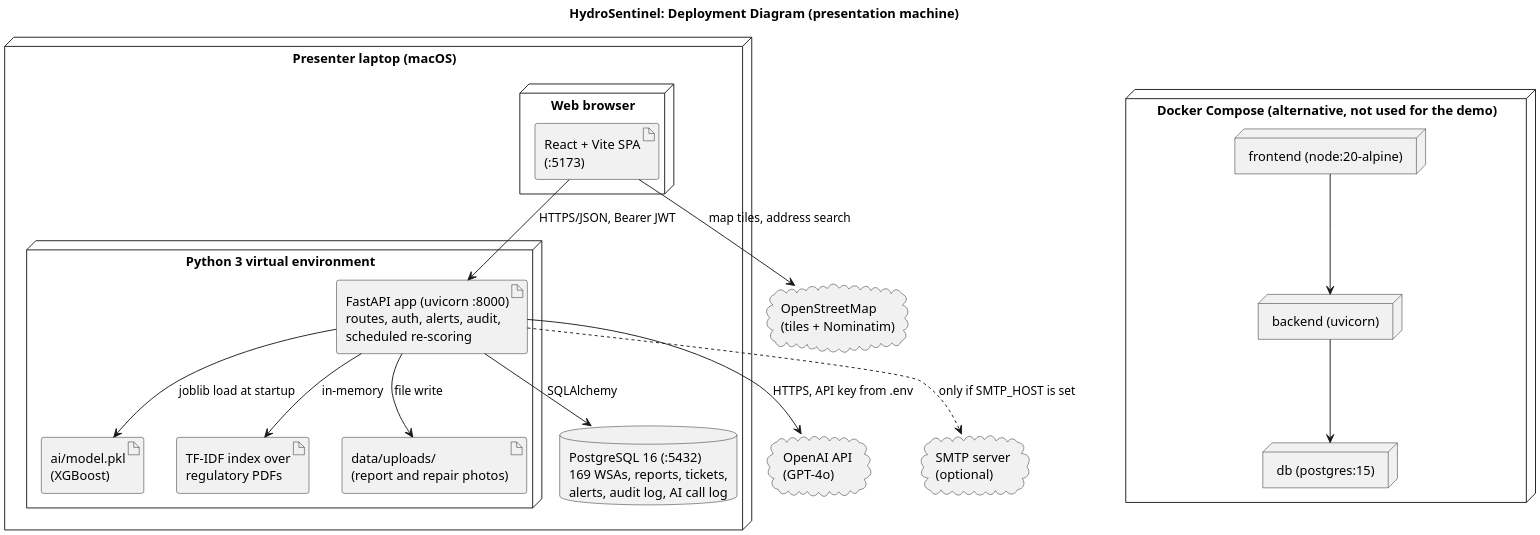
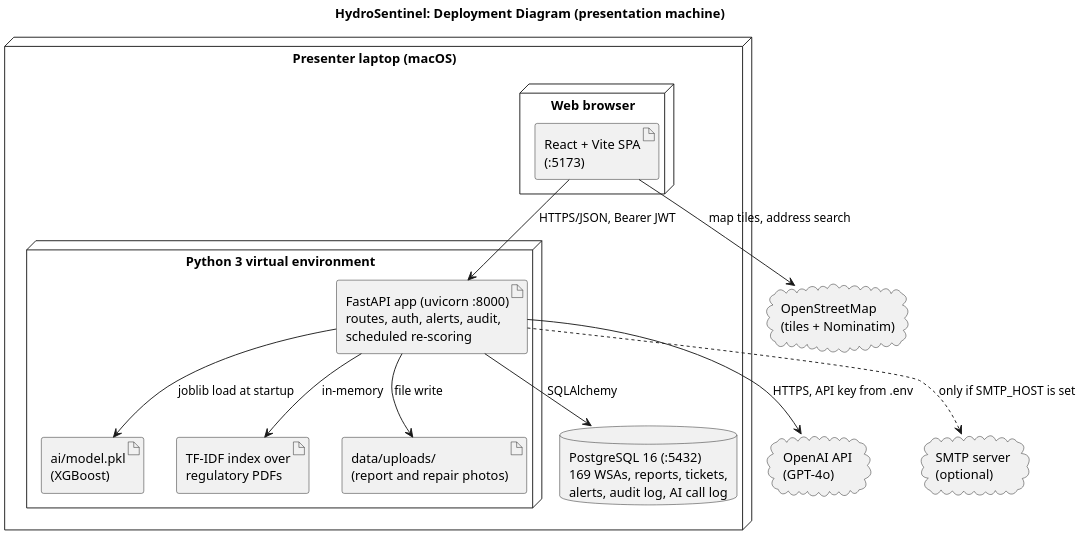
Before and after one commit to Malodeity/hydrosentinel: the diagram in docs/a5/uml/ISJ107V_A5_Q3.4b_Deployment.puml, drawn with PlantUML. The commit also changed 33 other files, not shown here.

First line of the commit message:
Docs: slides built around what changed since Assignment 4, limitations then and now, live testing segment; report, diagrams, evidence and presentation script updated

```diff
--- a/docs/a5/uml/ISJ107V_A5_Q3.4b_Deployment.puml
+++ b/docs/a5/uml/ISJ107V_A5_Q3.4b_Deployment.puml
@@ -1,38 +1,31 @@
 @startuml
 skinparam shadowing false
 skinparam dpi 200
 skinparam defaultFontName Helvetica
 title HydroSentinel: Deployment Diagram (presentation machine)
 
 node "Presenter laptop (macOS)" {
   node "Web browser" {
     artifact "React + Vite SPA\n(:5173)" as SPA
   }
   node "Python 3 virtual environment" {
     artifact "FastAPI app (uvicorn :8000)\nroutes, auth, alerts, audit,\nscheduled re-scoring" as API
     artifact "ai/model.pkl\n(XGBoost)" as MODEL
     artifact "TF-IDF index over\nregulatory PDFs" as RAG
     artifact "data/uploads/\n(report and repair photos)" as UP
   }
   database "PostgreSQL 16 (:5432)\n169 WSAs, reports, tickets,\nalerts, audit log, AI call log" as DB
 }
-node "Docker Compose (alternative, not used for the demo)" {
-  node "db (postgres:15)" as CDB
-  node "backend (uvicorn)" as CAPI
-  node "frontend (node:20-alpine)" as CFE
-}
 cloud "OpenAI API\n(GPT-4o)" as OAI
 cloud "OpenStreetMap\n(tiles + Nominatim)" as OSM
 cloud "SMTP server\n(optional)" as SMTP
 
 SPA --> API : HTTPS/JSON, Bearer JWT
 API --> DB : SQLAlchemy
 API --> MODEL : joblib load at startup
 API --> RAG : in-memory
 API --> UP : file write
 API --> OAI : HTTPS, API key from .env
 API ..> SMTP : only if SMTP_HOST is set
 SPA --> OSM : map tiles, address search
-CFE --> CAPI
-CAPI --> CDB
 @enduml
```
